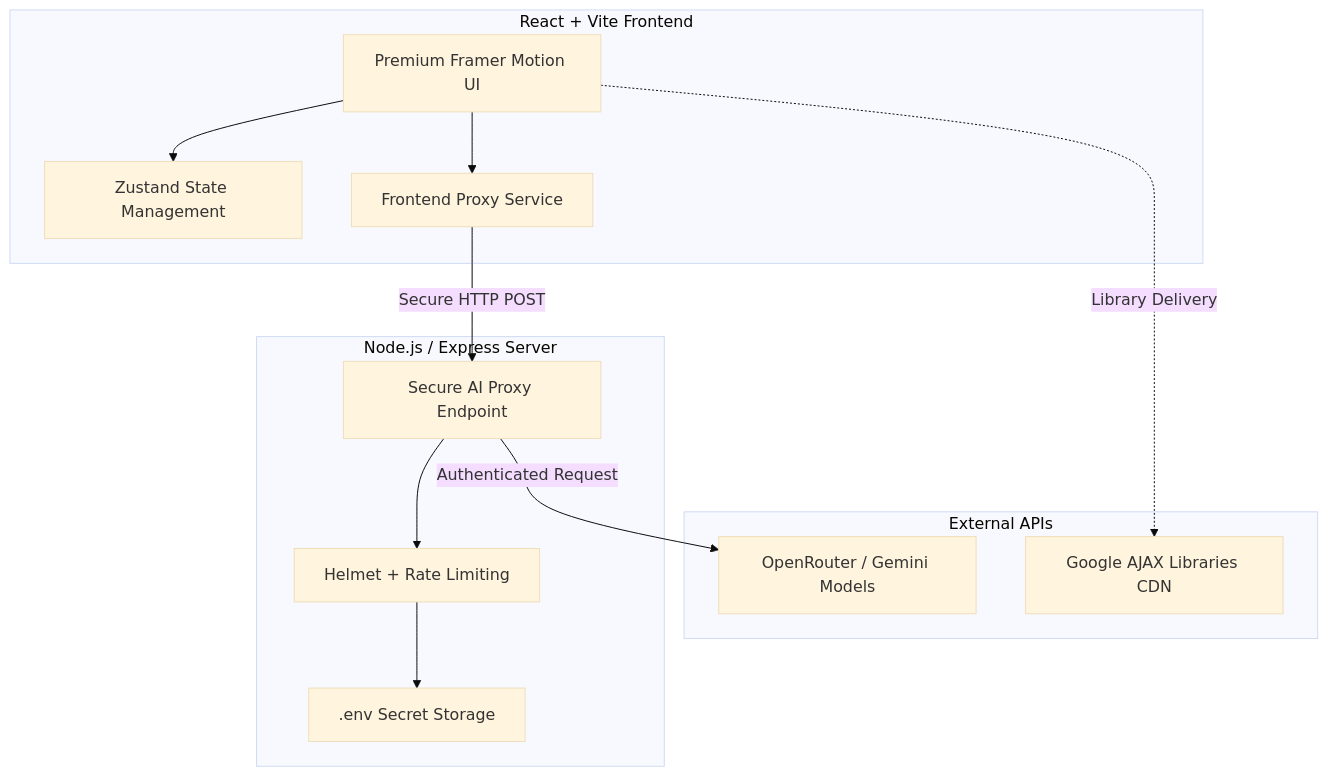
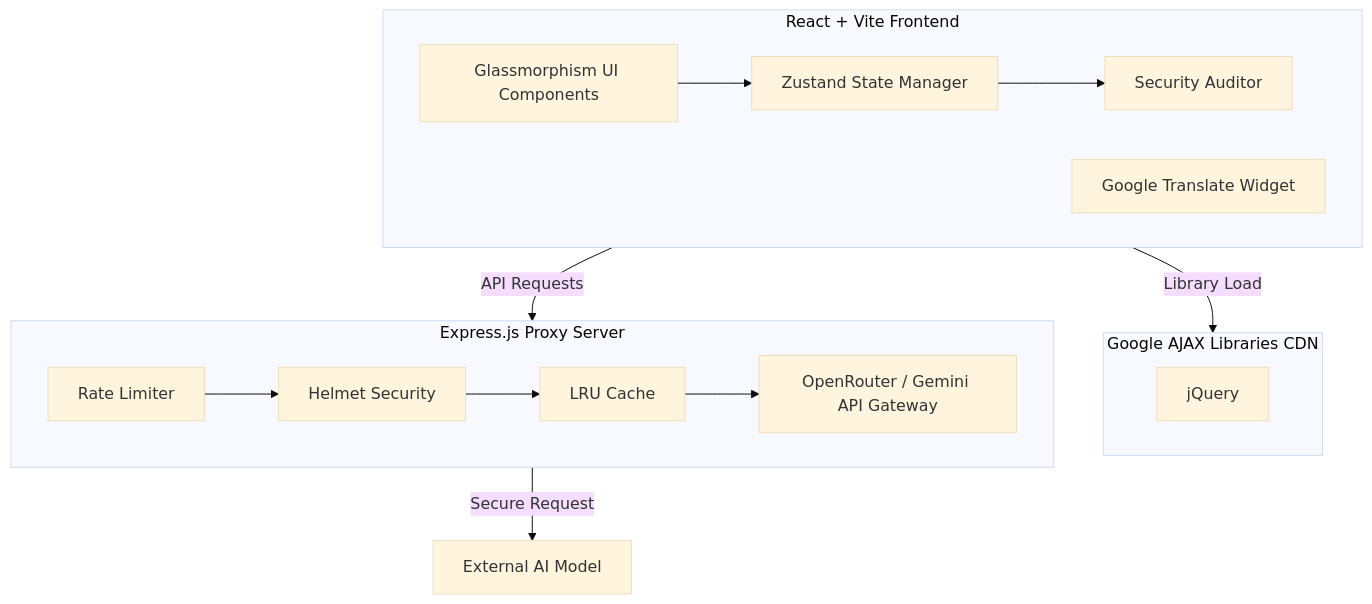
One commit to Siva-2511/Carbonfootprint changed the diagram in README.md. Above: the diagram before and after it, drawn with Mermaid (base theme). The commit also changed other lines of this file and 26 other files, not shown here.

````diff
--- a/README.md
+++ b/README.md
@@ -15,27 +22,31 @@
 ```mermaid
 graph TD
     subgraph Frontend [React + Vite Frontend]
-        UI[Premium Framer Motion UI]
-        Store[Zustand State Management]
-        AILayer[Frontend Proxy Service]
+        UI[Glassmorphism UI Components]
+        Store[Zustand State Manager]
+        I18n[Google Translate Widget]
+        Sec[Security Auditor]
+        
         UI --> Store
-        UI --> AILayer
+        Store --> Sec
     end
 
-    subgraph Backend [Node.js / Express Server]
-        Proxy[Secure AI Proxy Endpoint]
-        Security[Helmet + Rate Limiting]
-        Env[.env Secret Storage]
-        Proxy --> Security
-        Security --> Env
+    subgraph CDN [Google AJAX Libraries CDN]
+        JQuery[jQuery]
     end
-
-    subgraph External [External APIs]
-        OpenRouter[OpenRouter / Gemini Models]
-        GoogleCDN[Google AJAX Libraries CDN]
+    
+    subgraph Backend [Express.js Proxy Server]
+        RL[Rate Limiter]
+        H[Helmet Security]
+        Cache[LRU Cache]
+        API[OpenRouter / Gemini API Gateway]
+        
+        RL --> H
+        H --> Cache
+        Cache --> API
     end
-
-    AILayer -->|Secure HTTP POST| Proxy
-    Proxy -->|Authenticated Request| OpenRouter
-    UI -.->|Library Delivery| GoogleCDN
+    
+    Frontend -->|API Requests| Backend
+    Frontend -->|Library Load| CDN
+    Backend -->|Secure Request| ExternalAI[External AI Model]
 ```
````
